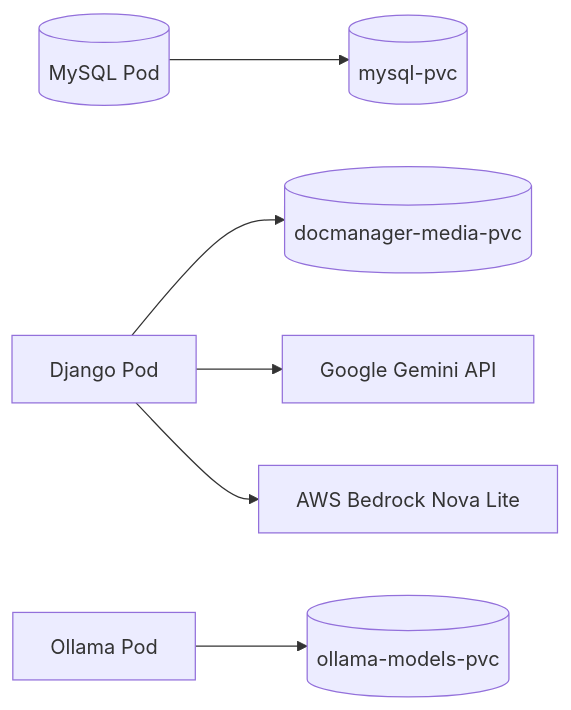
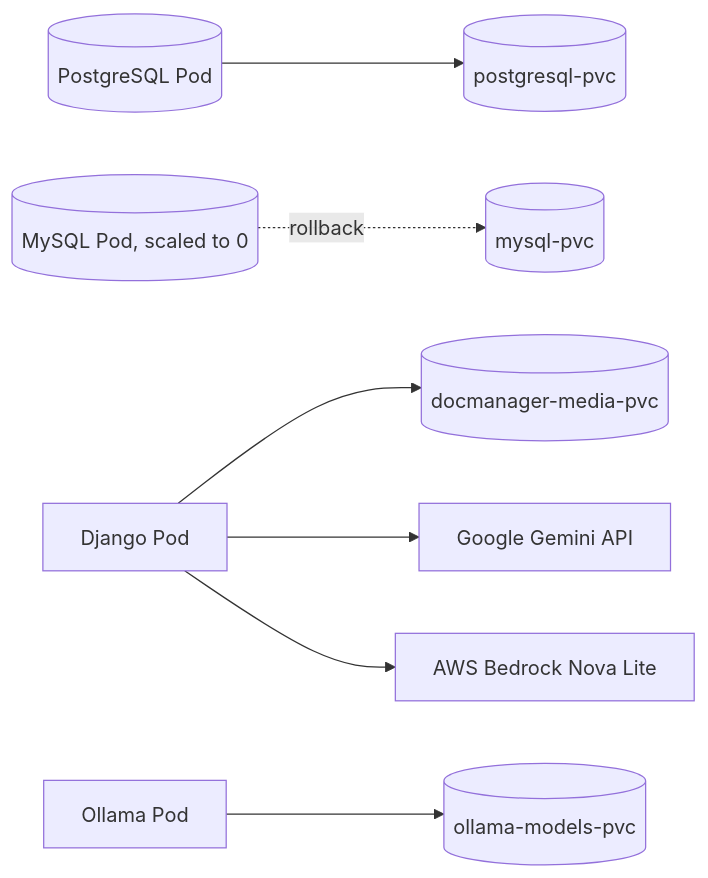
The third of 3 diagrams in docs/deployment.md (khaliqueaws-creator/document-management), drawn with Mermaid before and after one commit. The commit also changed other lines of this file and 5 other files, not shown here.

Commit message:
Make PostgreSQL the active OpenShift database

````diff
--- a/docs/deployment.md
+++ b/docs/deployment.md
@@ -215,8 +220,9 @@
 ```mermaid
 flowchart LR
-    MySQL[(MySQL Pod)] --> DBPVC[(mysql-pvc)]
+    PostgreSQL[(PostgreSQL Pod)] --> DBPVC[(postgresql-pvc)]
+    MySQL[(MySQL Pod, scaled to 0)] -. rollback .-> MySQLPVC[(mysql-pvc)]
     Django[Django Pod] --> MediaPVC[(docmanager-media-pvc)]
     Ollama[Ollama Pod] --> ModelPVC[(ollama-models-pvc)]
     Django --> Gemini[Google Gemini API]
     Django --> Bedrock[AWS Bedrock Nova Lite]
 ```
````
